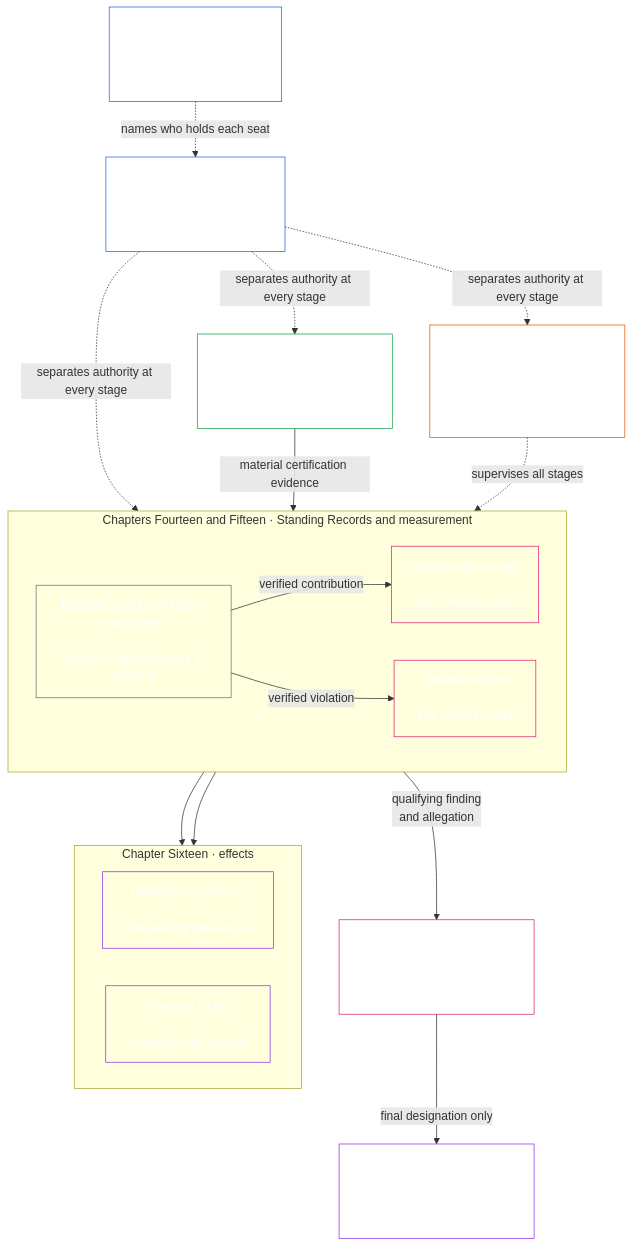
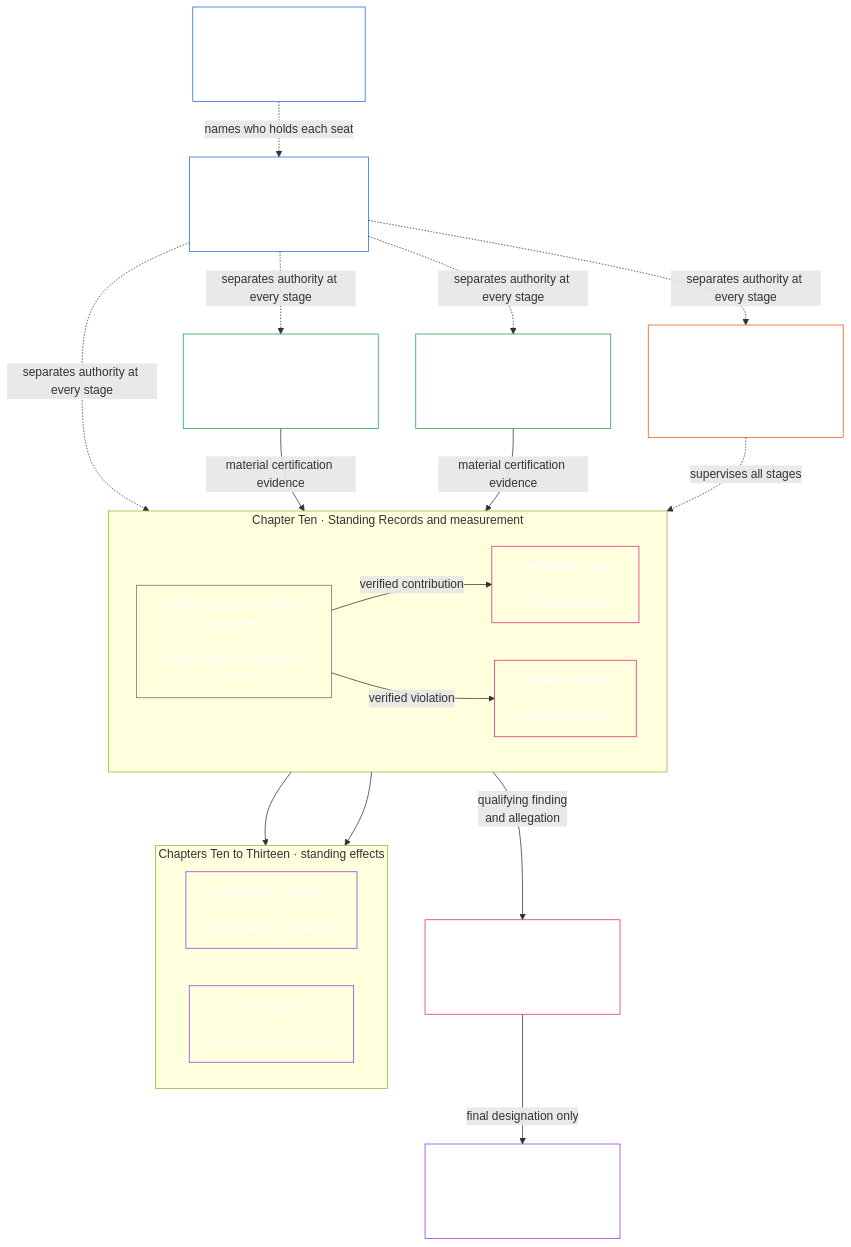
One commit to kfoelsch/Sentient_Constitution changed diagram 15 of 24 in guides/CONCEPTUAL_OVERVIEW.md. Above: the diagram before and after it, drawn with Mermaid. The commit also changed other lines of this file and 206 other files, not shown here.

Commit message:
Consolidate chapters and migrate misconduct patterns

````diff
--- a/guides/CONCEPTUAL_OVERVIEW.md
+++ b/guides/CONCEPTUAL_OVERVIEW.md
@@ -756,43 +756,47 @@
 ```mermaid
 flowchart TB
     K["Chapter Five<br/><br/>System and Institutional<br/>Charters"]
     D["Chapter Six<br/><br/>Functional independence<br/>and separation of duties"]
     S["Chapter Eight<br/><br/>System alignment certification"]
-    subgraph Q["Chapters Fourteen and Fifteen · Standing Records and measurement"]
+    I["Chapter Nine<br/><br/>Institutional alignment certification"]
+    subgraph Q["Chapter Ten · Standing Records and measurement"]
         direction LR
         E["Evidence about conduct or outcomes<br/><br/>Verified under Subcores 3-A to 3-C"]
         C["Contribution record<br/><br/>and measurement"]
         V["Violation record<br/><br/>and measurement"]
     end
-    subgraph N["Chapter Sixteen · effects"]
+    subgraph N["Chapters Ten to Thirteen · standing effects"]
         direction LR
         U["Recognition, rewards,<br/><br/>competency clearances"]
         R["Standing locks,<br/><br/>correction and remedy"]
     end
-    M["Chapter Twenty<br/><br/>Anti-constitutional misconduct review"]
-    L["Chapter Sixteen<br/><br/>Anti-Constitutional Trust Lock"]
-    F["Chapters Twenty-Two and Twenty-Three forums<br/><br/>Supervision, challenge and timely review"]
+    M["Chapter Fourteen<br/><br/>Anti-constitutional misconduct review"]
+    L["Chapter Twelve<br/><br/>Anti-Constitutional Trust Lock"]
+    F["Chapters Sixteen and Seventeen forums<br/><br/>Supervision, challenge and timely review"]
     K -.->|names who holds each seat| D
     D -.->|separates authority at every stage| S
+    D -.->|separates authority at every stage| I
     D -.->|separates authority at every stage| E
     D -.->|separates authority at every stage| F
     C --> U
     V --> R
     M -->|final designation only| L
     V -->|qualifying finding<br/>and allegation| M
     S -->|material certification evidence| E
+    I -->|material certification evidence| E
     E -->|verified contribution| C
     E -->|verified violation| V
     F -.->|supervises all stages| E
     style K fill:none,stroke:#2563eb,color:#ffffff
     style D fill:none,stroke:#2563eb,color:#ffffff
     style S fill:none,stroke:#16a34a,color:#ffffff
+    style I fill:none,stroke:#16a34a,color:#ffffff
     style E fill:none,stroke:#64748b,color:#ffffff
     style C fill:none,stroke:#db2777,color:#ffffff
     style V fill:none,stroke:#db2777,color:#ffffff
     style U fill:none,stroke:#9333ea,color:#ffffff
     style R fill:none,stroke:#9333ea,color:#ffffff
     style M fill:none,stroke:#db2777,color:#ffffff
     style L fill:none,stroke:#9333ea,color:#ffffff
     style F fill:none,stroke:#ea580c,color:#ffffff
 ```
````
